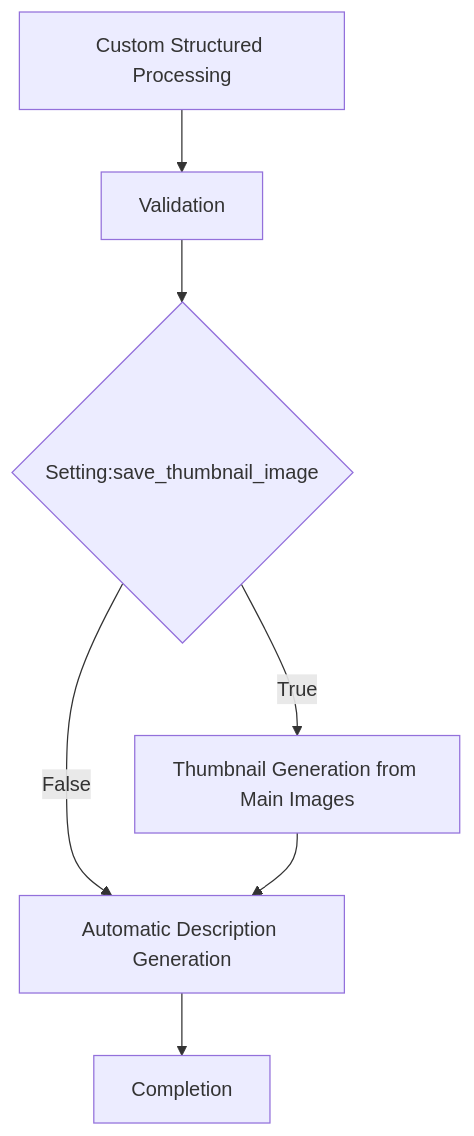
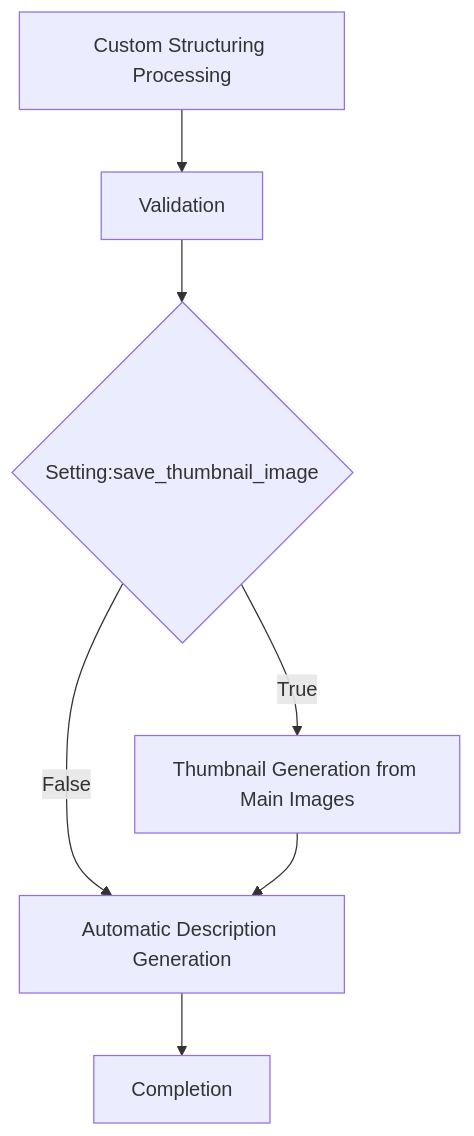
One commit to nims-mdpf/rdetoolkit changed the third of 3 diagrams in docs/user-guide/structured-processing.en.md. Above: the diagram before and after it, drawn with Mermaid. The commit also changed other lines of this file and 40 other files, not shown here.

Commit message:
Rename "Structured Processing" to "Structuring Processing" throughout docs

````diff
--- a/docs/user-guide/structured-processing.en.md
+++ b/docs/user-guide/structured-processing.en.md
@@ -98,9 +98,9 @@
 ```mermaid
 graph TD
-    end1[Custom Structured Processing] --> end2[Validation]
+    end1[Custom Structuring Processing] --> end2[Validation]
     end2 --> end3{Setting:save_thumbnail_image}
     end3 -->|False| end6[Automatic Description Generation]
     end3 -->|True| end5[Thumbnail Generation from Main Images]
     end5 --> end6
     end6 --> end7[Completion]
 ```
````
